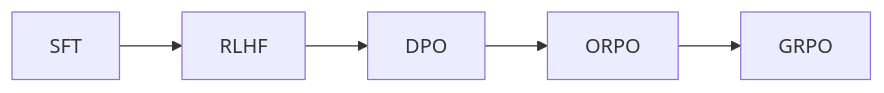
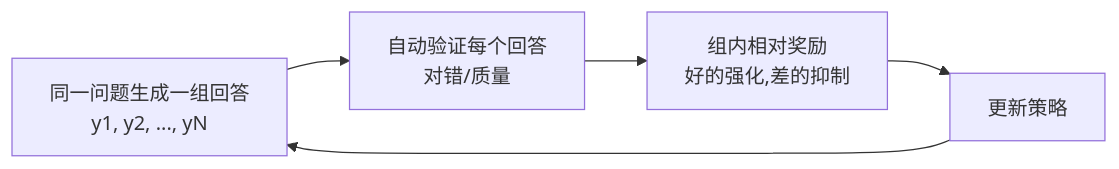
Before and after one commit to AI-learning-simple/Build-Your-Own-LLM: the third of 3 diagrams in 2. Alignment 与训练工程/3. Preference Learning——模型如何学会人类真正喜欢的回答？.md, drawn with Mermaid. The commit also changed other lines of this file and 41 other files, not shown here.

````diff
--- a/2. Alignment 与训练工程/3. Preference Learning——模型如何学会人类真正喜欢的回答？.md
+++ b/2. Alignment 与训练工程/3. Preference Learning——模型如何学会人类真正喜欢的回答？.md
@@ -127,4 +131,4 @@
 ```mermaid
 flowchart LR
-    A[SFT] --> B[RLHF] --> C[DPO] --> D[ORPO] --> E[GRPO]
+    A[同一问题生成一组回答<br/>y1, y2, ..., yN] --> B[自动验证每个回答<br/>对错/质量] --> C[组内相对奖励<br/>好的强化,差的抑制] --> D[更新策略] --> A
 ```
````
